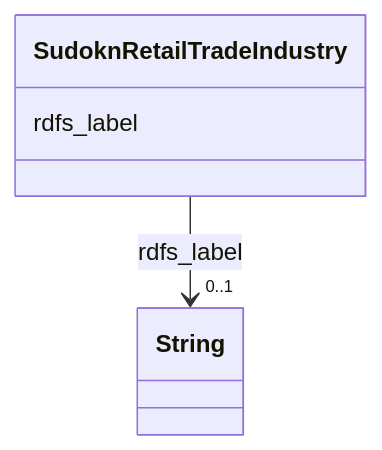
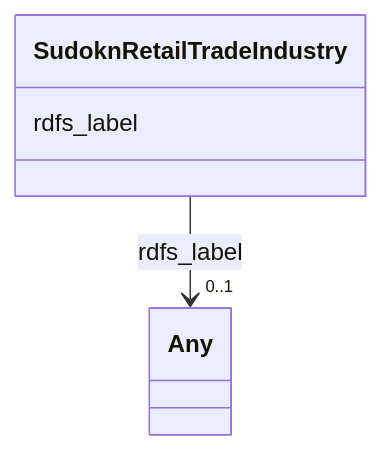
The diagram in sudokn-kg/classes/SudoknRetailTradeIndustry.md (frink-okn/graph-descriptions), drawn with Mermaid before and after one commit. The commit also changed other lines of this file and 903 other files, not shown here.

````diff
--- a/sudokn-kg/classes/SudoknRetailTradeIndustry.md
+++ b/sudokn-kg/classes/SudoknRetailTradeIndustry.md
@@ -23,15 +18,15 @@
 ```mermaid
  classDiagram
     class SudoknRetailTradeIndustry
     click SudoknRetailTradeIndustry href "../SudoknRetailTradeIndustry"
       SudoknRetailTradeIndustry : rdfs_label
         
           
     
     
-    SudoknRetailTradeIndustry --> "0..1" String : rdfs_label
-    click String href "../String"
+    SudoknRetailTradeIndustry --> "0..1" Any : rdfs_label
+    click Any href "../Any"
 
         
       
 ```
````
